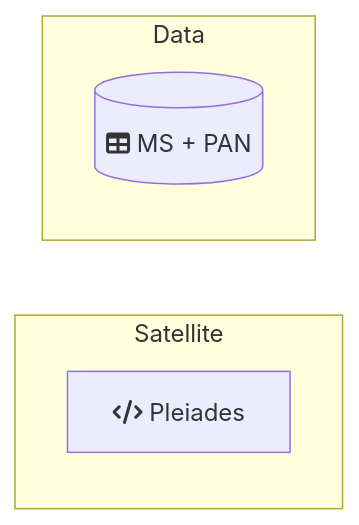
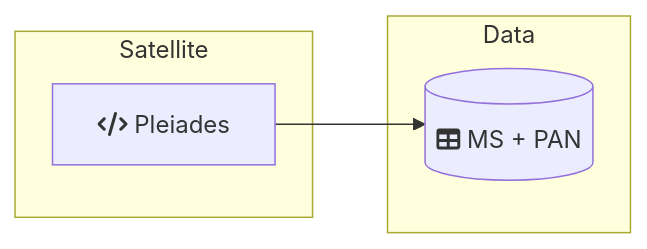
The fifth of 5 diagrams in README.md (DippoldEJ/Satellite-Datasets), drawn with Mermaid before and after one commit.

````diff
--- a/README.md
+++ b/README.md
@@ -62,12 +62,14 @@
 ```mermaid
 flowchart LR;
 
 subgraph Satellite
     s[fa:fa-code Pleiades]
     end
 
  subgraph Data
         db[(fa:fa-table MS + PAN)]
     end
 
+    s-->db
+
 ```
````
